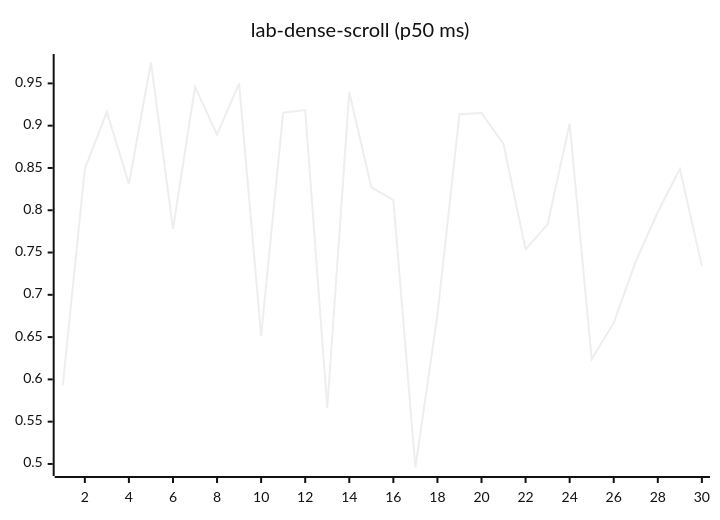
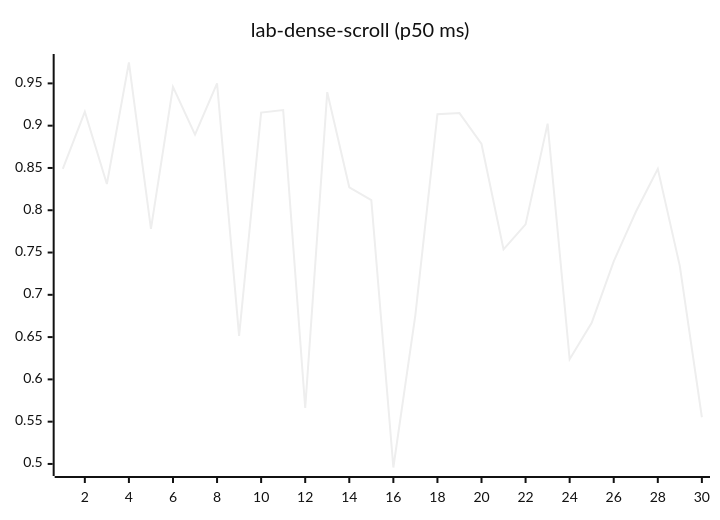
Diagram 12 of 27 in README.md (josha/Facet), drawn with Mermaid (neutral theme) before and after one commit. The commit also changed other lines of this file and 2 other files, not shown here.

````diff
--- a/README.md
+++ b/README.md
@@ -140,6 +140,6 @@
 ```mermaid
 xychart-beta
     title "lab-dense-scroll (p50 ms)"
     x-axis 1 --> 30
-    line [0.5928, 0.8489, 0.9164, 0.8310, 0.9747, 0.7780, 0.9459, 0.8894, 0.9501, 0.6514, 0.9155, 0.9185, 0.5661, 0.9396, 0.8271, 0.8121, 0.4958, 0.6764, 0.9135, 0.9149, 0.8783, 0.7537, 0.7833, 0.9024, 0.6238, 0.6669, 0.7395, 0.7979, 0.8489, 0.7339]
+    line [0.8489, 0.9164, 0.8310, 0.9747, 0.7780, 0.9459, 0.8894, 0.9501, 0.6514, 0.9155, 0.9185, 0.5661, 0.9396, 0.8271, 0.8121, 0.4958, 0.6764, 0.9135, 0.9149, 0.8783, 0.7537, 0.7833, 0.9024, 0.6238, 0.6669, 0.7395, 0.7979, 0.8489, 0.7339, 0.5552]
 ```
````
